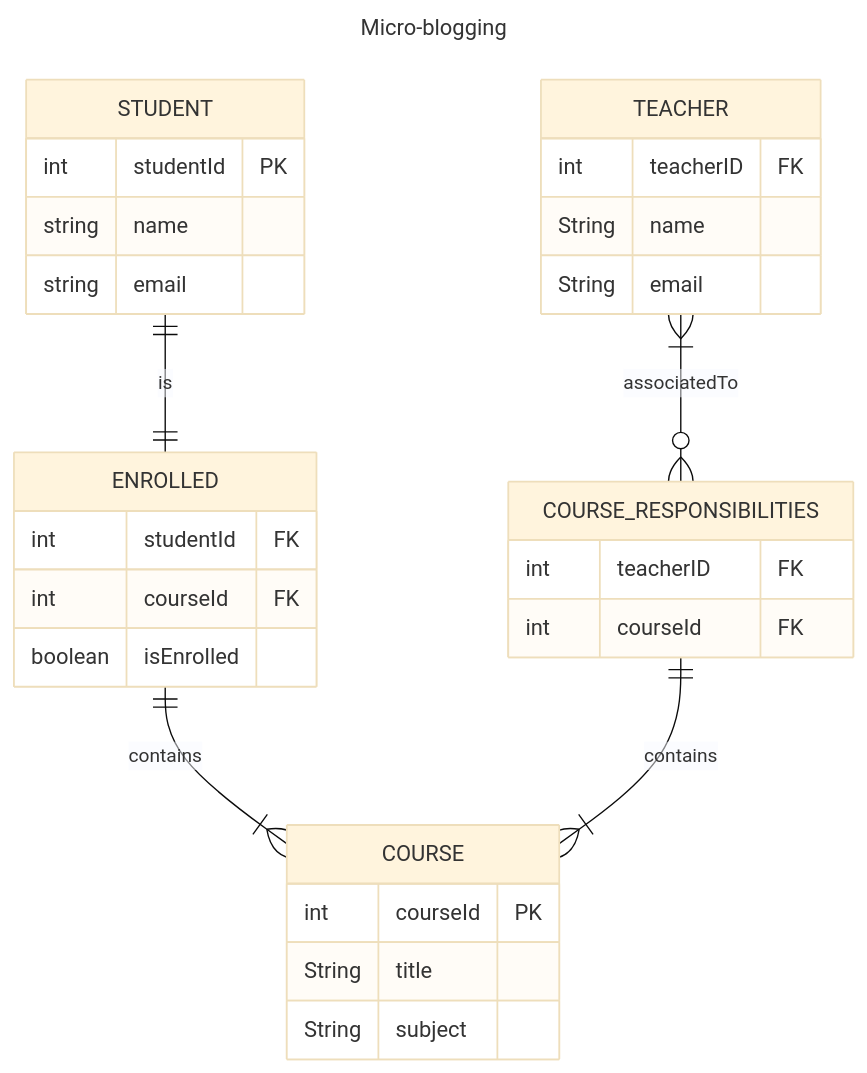
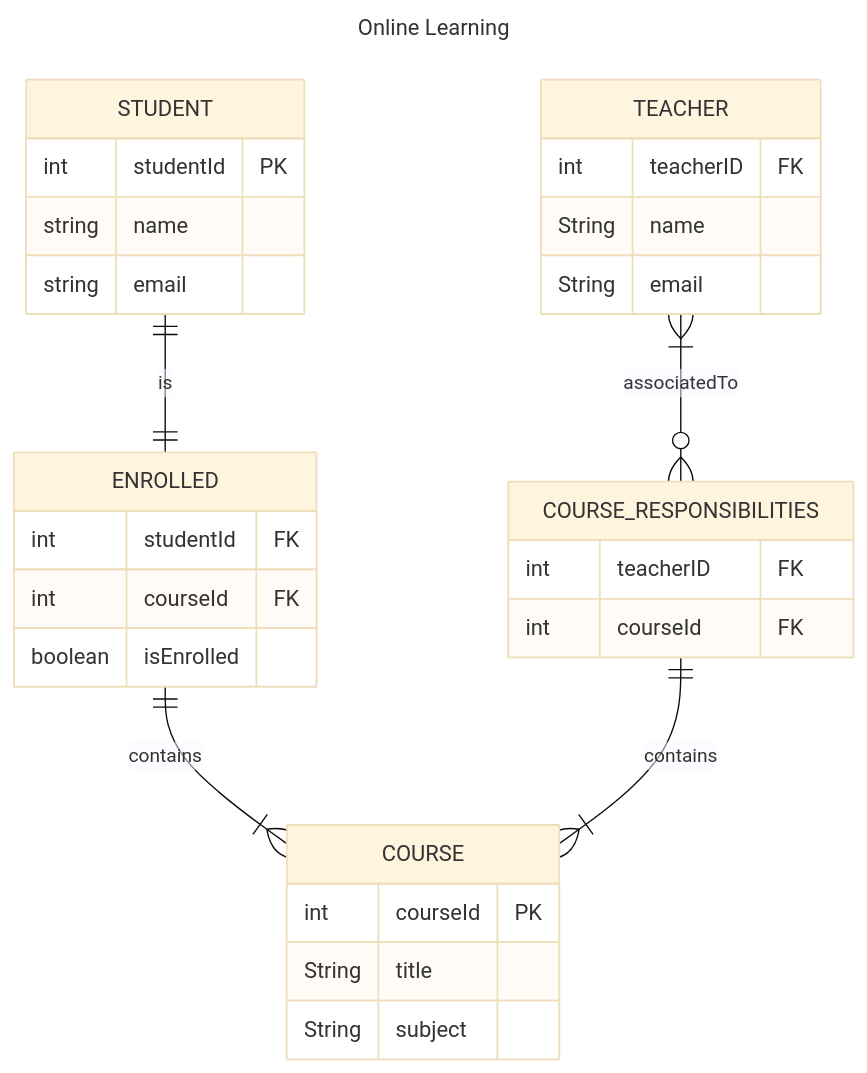
The sixth of 6 diagrams in ER-diagram.md (boolean-uk/java-data-modelling), drawn with Mermaid (base theme) before and after one commit.

Commit message:
Add Extension part - Online Learning

````diff
--- a/ER-diagram.md
+++ b/ER-diagram.md
@@ -194,34 +194,34 @@
 ```mermaid
 ---
-    title: Micro-blogging
+    title: Online Learning
 ---
 erDiagram
     STUDENT ||--|| ENROLLED : is
     STUDENT {
         int studentId PK
         string name
         string email
     }
     ENROLLED {
         int studentId FK
         int courseId FK
         boolean isEnrolled
     }
     ENROLLED ||--|{ COURSE : contains
     COURSE {
         int courseId PK
         String title
         String subject
     }
     TEACHER }|--o{ COURSE_RESPONSIBILITIES : associatedTo
     COURSE_RESPONSIBILITIES ||--|{ COURSE : contains
     COURSE_RESPONSIBILITIES {
         int teacherID FK
         int courseId FK
     }
     TEACHER {
         int teacherID FK
         String name
         String email
     }
 ```
````
